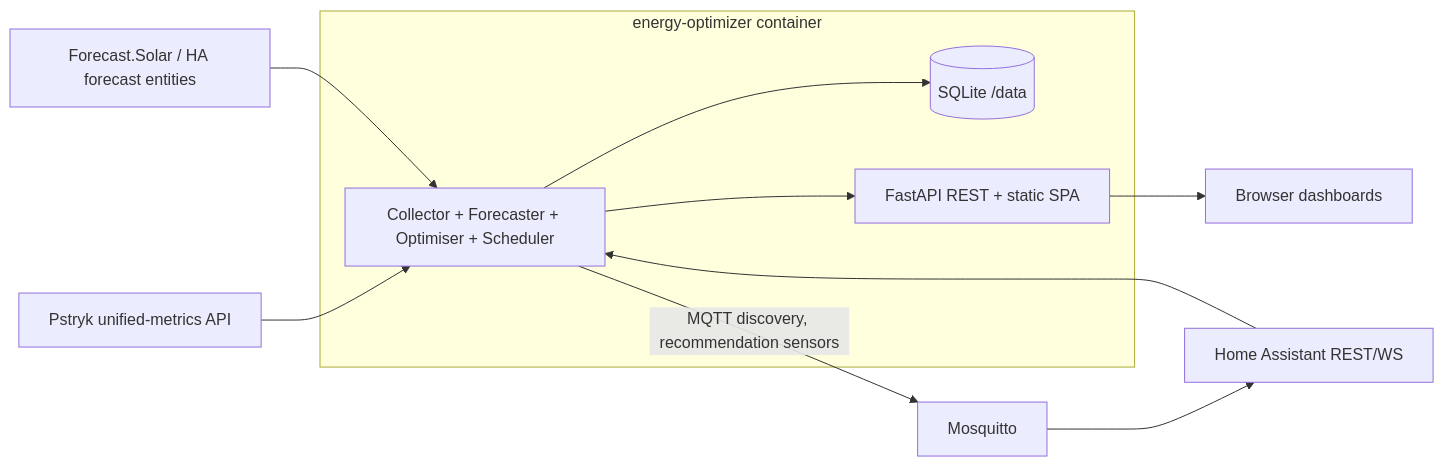
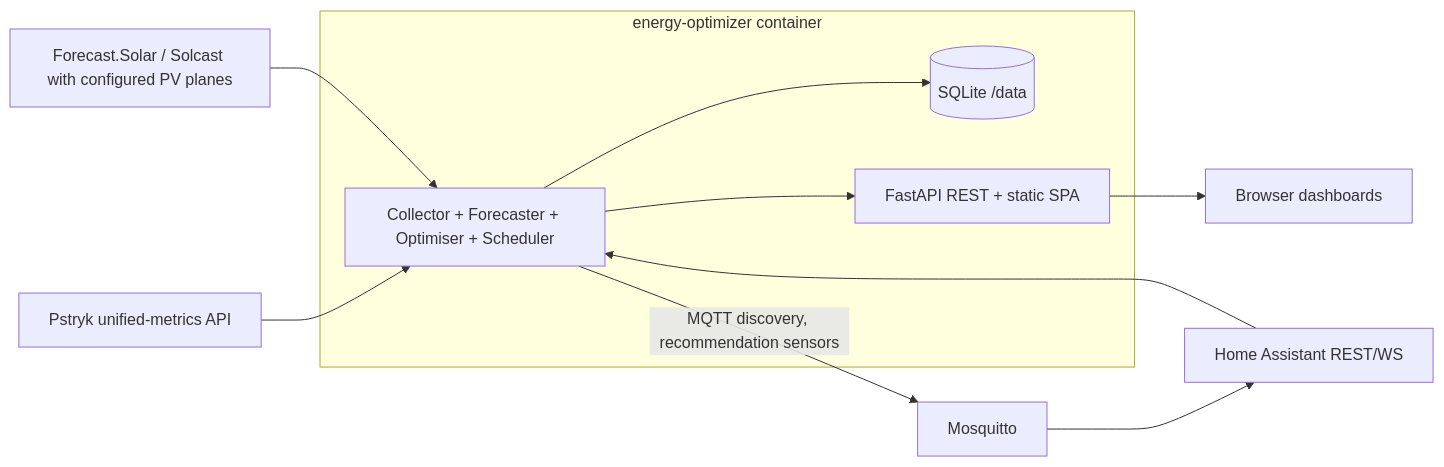
One commit to vanklompf/energy-optimizer changed the diagram in 2026-07-12-energy-optimizer-app-design.md. Above: the diagram before and after it, drawn with Mermaid. The commit also changed other lines of this file, not shown here.

````diff
--- a/2026-07-12-energy-optimizer-app-design.md
+++ b/2026-07-12-energy-optimizer-app-design.md
@@ -99,12 +115,12 @@
 ```mermaid
 flowchart LR
   pstryk[Pstryk unified-metrics API] --> core
   ha[Home Assistant REST/WS] --> core
-  fcst[Forecast.Solar / HA forecast entities] --> core
+  fcst[Forecast.Solar / Solcast with configured PV planes] --> core
   subgraph container [energy-optimizer container]
     core[Collector + Forecaster + Optimiser + Scheduler] --> db[(SQLite /data)]
     core --> api[FastAPI REST + static SPA]
   end
   core -->|MQTT discovery, recommendation sensors| mqtt[Mosquitto] --> ha
   api --> user[Browser dashboards]
 ```
````
